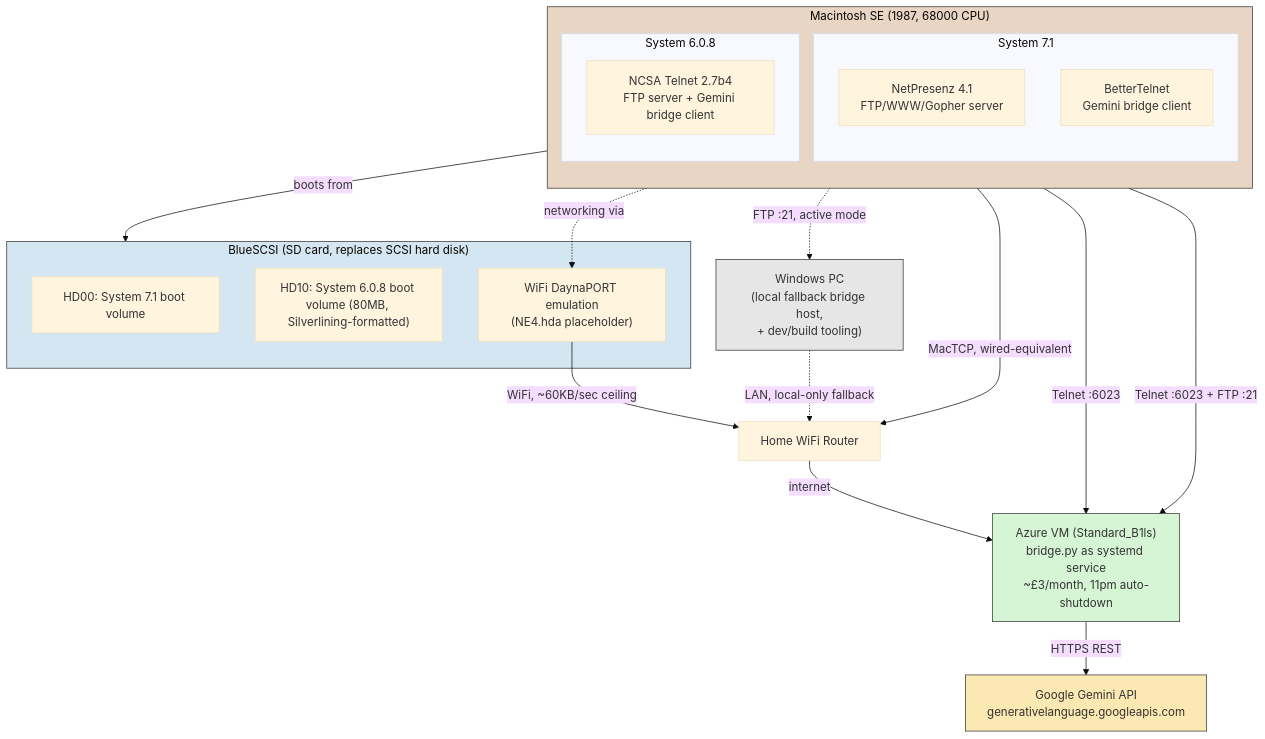
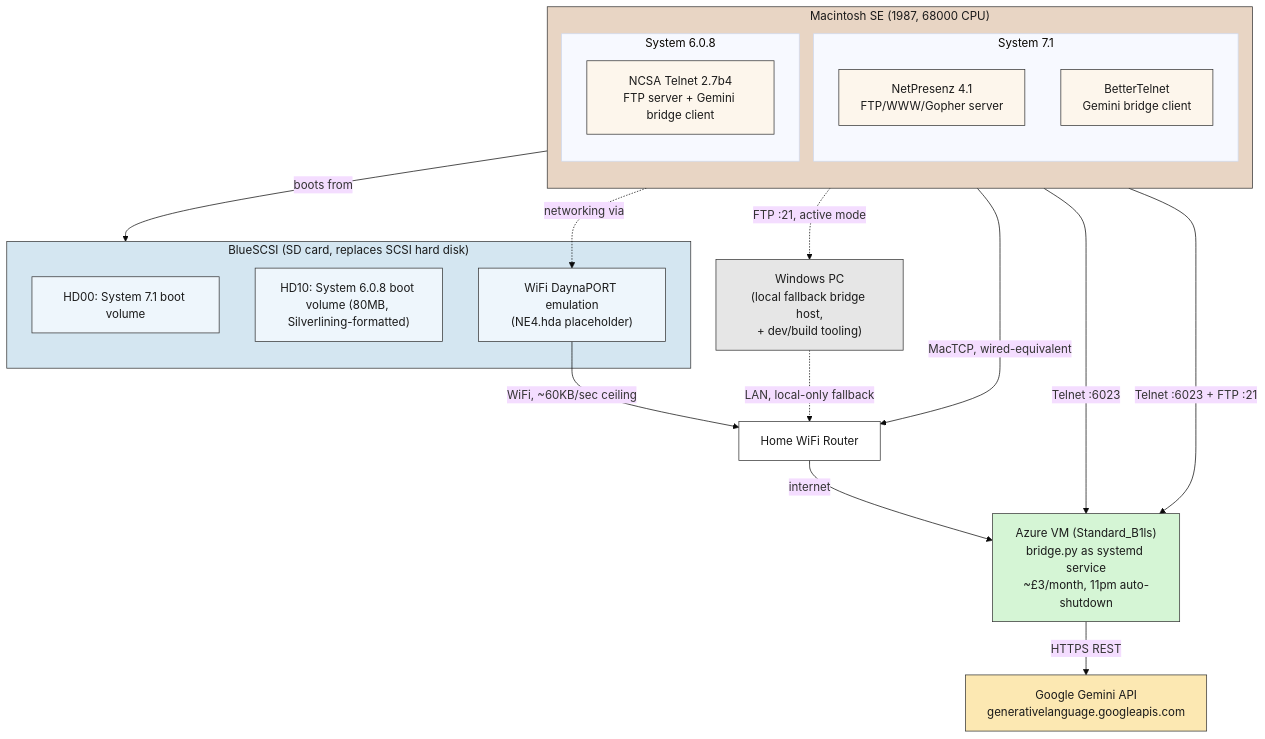
Before and after one commit to sheppy1/mac-se-gemini-bridge: the first of 5 diagrams in ARCHITECTURE.md, drawn with Mermaid (base theme). The commit also changed other lines of this file and 2 other files, not shown here.

First line of the commit message:
Fix stale BetterTelnet references, improve Mermaid diagram contrast

````diff
--- a/ARCHITECTURE.md
+++ b/ARCHITECTURE.md
@@ -10,39 +10,46 @@
 ```mermaid
 flowchart TB
     subgraph SE["Macintosh SE (1987, 68000 CPU)"]
         direction TB
         subgraph OS71["System 7.1"]
             NP["NetPresenz 4.1<br/>FTP/WWW/Gopher server"]
             BT["BetterTelnet<br/>Gemini bridge client"]
         end
         subgraph OS608["System 6.0.8"]
             NCSA["NCSA Telnet 2.7b4<br/>FTP server + Gemini bridge client"]
         end
     end
 
     subgraph BlueSCSI["BlueSCSI (SD card, replaces SCSI hard disk)"]
         HD00["HD00: System 7.1 boot volume"]
         HD10["HD10: System 6.0.8 boot volume (80MB, Silverlining-formatted)"]
         DPORT["WiFi DaynaPORT emulation<br/>(NE4.hda placeholder)"]
     end
 
     SE -- "boots from" --> BlueSCSI
     OS608 -. "networking via" .-> DPORT
     DPORT -- "WiFi, ~60KB/sec ceiling" --> Router["Home WiFi Router"]
     OS71 -- "MacTCP, wired-equivalent" --> Router
 
     Router -- "internet" --> Azure["Azure VM (Standard_B1ls)<br/>bridge.py as systemd service<br/>~£3/month, 11pm auto-shutdown"]
     Azure -- "HTTPS REST" --> Gemini["Google Gemini API<br/>generativelanguage.googleapis.com"]
 
     PC["Windows PC<br/>(local fallback bridge host,<br/>+ dev/build tooling)"] -. "LAN, local-only fallback" .-> Router
 
     NP -. "FTP :21, active mode" .-> PC
     BT -- "Telnet :6023" --> Azure
     NCSA -- "Telnet :6023 + FTP :21" --> Azure
 
-    style SE fill:#e8d5c4,stroke:#333
-    style BlueSCSI fill:#d4e6f1,stroke:#333
-    style Azure fill:#d5f5d5,stroke:#333
-    style Gemini fill:#fce8b2,stroke:#333
-    style PC fill:#e6e6e6,stroke:#333
+    style SE fill:#e8d5c4,stroke:#333,color:#1a1a1a
+    style BlueSCSI fill:#d4e6f1,stroke:#333,color:#1a1a1a
+    style Azure fill:#d5f5d5,stroke:#333,color:#1a1a1a
+    style Gemini fill:#fce8b2,stroke:#333,color:#1a1a1a
+    style PC fill:#e6e6e6,stroke:#333,color:#1a1a1a
+    style NP fill:#fdf6ec,stroke:#333,color:#1a1a1a
+    style BT fill:#fdf6ec,stroke:#333,color:#1a1a1a
+    style NCSA fill:#fdf6ec,stroke:#333,color:#1a1a1a
+    style HD00 fill:#eef6fc,stroke:#333,color:#1a1a1a
+    style HD10 fill:#eef6fc,stroke:#333,color:#1a1a1a
+    style DPORT fill:#eef6fc,stroke:#333,color:#1a1a1a
+    style Router fill:#ffffff,stroke:#333,color:#1a1a1a
 ```
````
